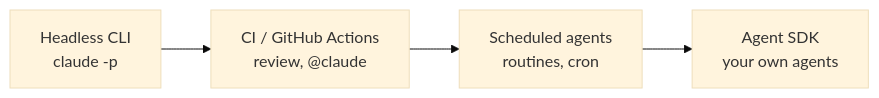
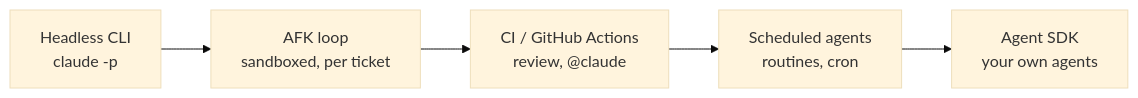
The first of 7 diagrams in levels/07-automate.md (tomschinelli/ai-engineering-guide), drawn with Mermaid (base theme) before and after one commit. The commit also changed other lines of this file and 8 other files, not shown here.

````diff
--- a/levels/07-automate.md
+++ b/levels/07-automate.md
@@ -12,4 +12,4 @@
 ```mermaid
 flowchart LR
-    H[Headless CLI<br/>claude -p] --> CI[CI / GitHub Actions<br/>review, @claude] --> SCH[Scheduled agents<br/>routines, cron] --> SDK[Agent SDK<br/>your own agents]
+    H[Headless CLI<br/>claude -p] --> AFK[AFK loop<br/>sandboxed, per ticket] --> CI[CI / GitHub Actions<br/>review, @claude] --> SCH[Scheduled agents<br/>routines, cron] --> SDK[Agent SDK<br/>your own agents]
 ```
````
